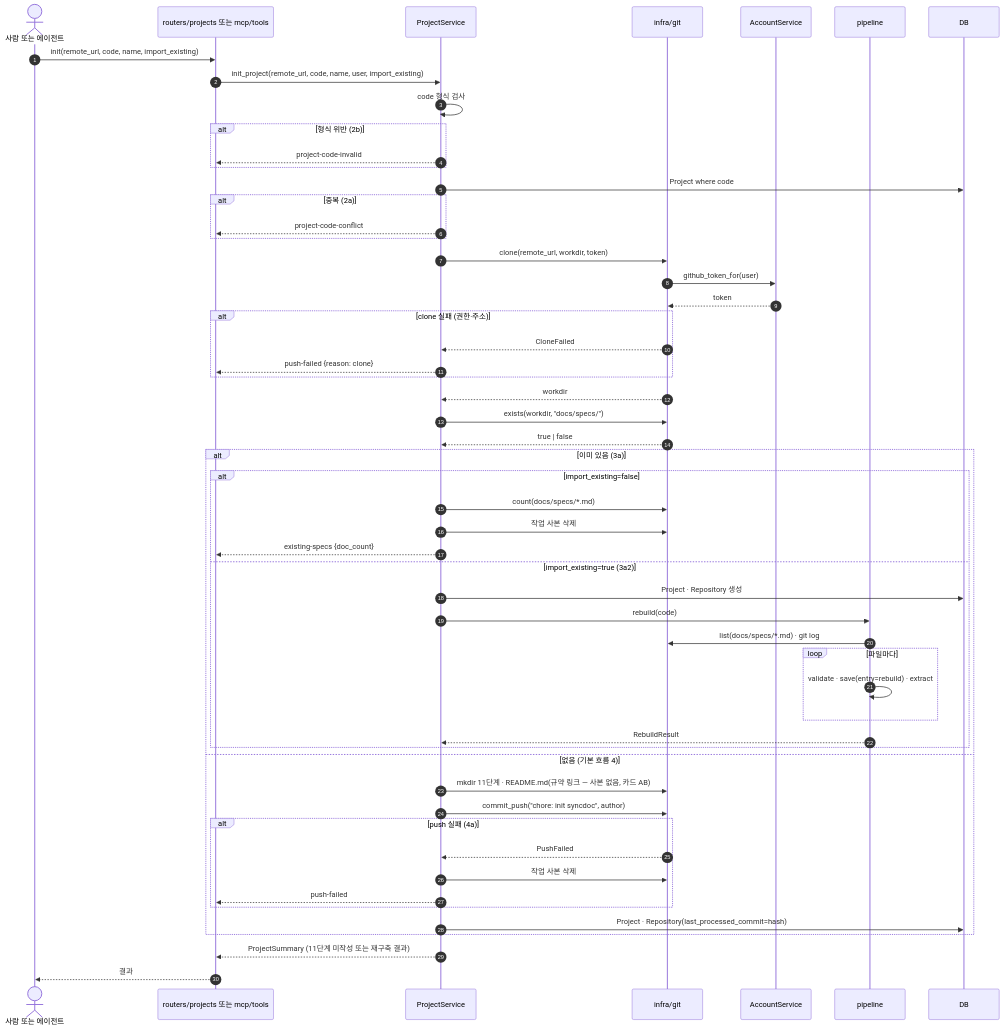
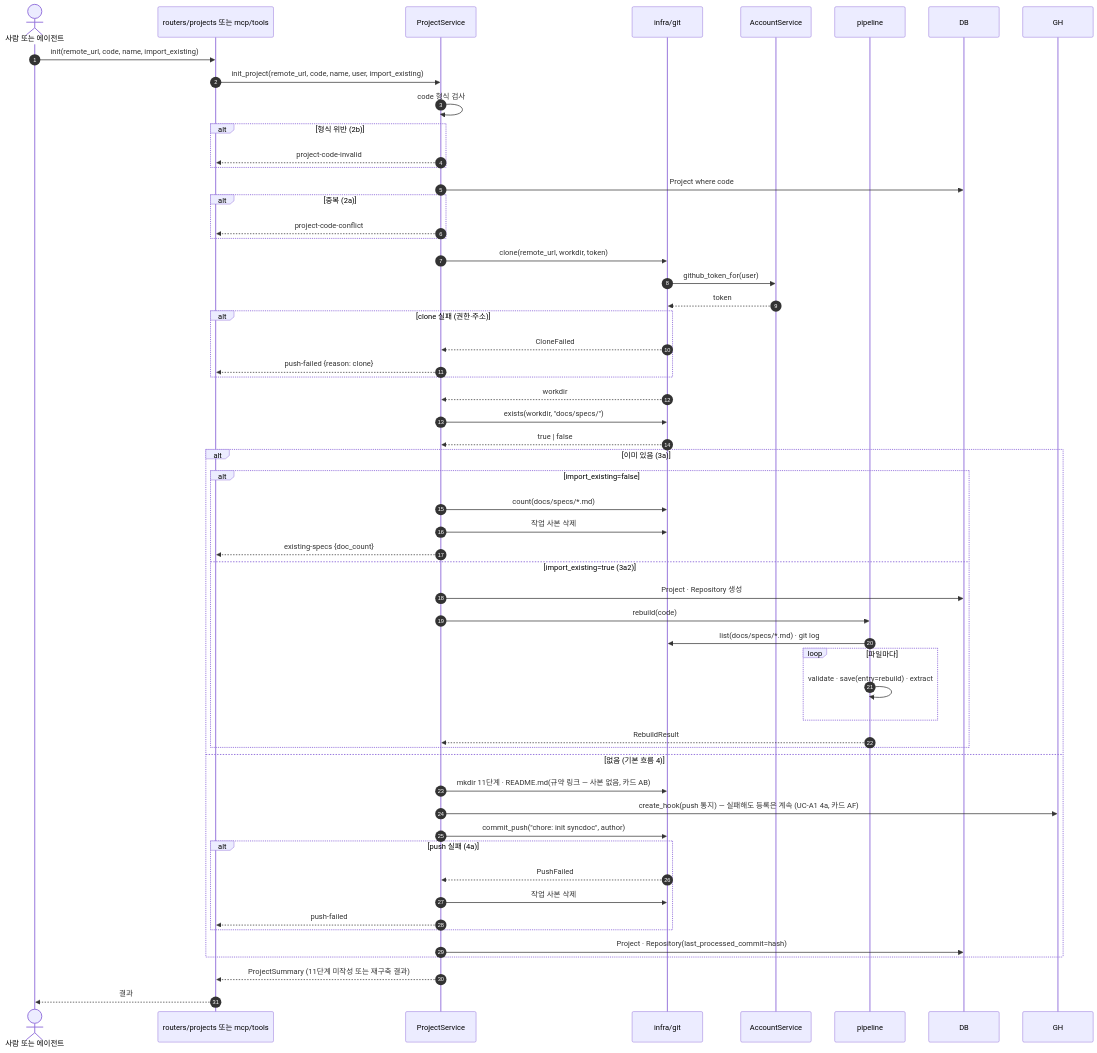
Before and after one commit to HoyoungParkme/syncdoc: the third of 23 diagrams in docs/specs/09-SEQ/SYNC-SEQ-001.md, drawn with Mermaid. The commit also changed other lines of this file and 31 other files, not shown here.

````diff
--- a/docs/specs/09-SEQ/SYNC-SEQ-001.md
+++ b/docs/specs/09-SEQ/SYNC-SEQ-001.md
@@ -255,59 +260,60 @@
 ```mermaid
 sequenceDiagram
     autonumber
     actor U as 사람 또는 에이전트
     participant B as routers/projects 또는 mcp/tools
     participant PS as ProjectService
     participant G as infra/git
     participant AC as AccountService
     participant P as pipeline
     participant DB
 
     U->>B: init(remote_url, code, name, import_existing)
     B->>PS: init_project(remote_url, code, name, user, import_existing)
     PS->>PS: code 형식 검사
     alt 형식 위반 (2b)
         PS-->>B: project-code-invalid
     end
     PS->>DB: Project where code
     alt 중복 (2a)
         PS-->>B: project-code-conflict
     end
     PS->>G: clone(remote_url, workdir, token)
     G->>AC: github_token_for(user)
     AC-->>G: token
     alt clone 실패 (권한·주소)
         G-->>PS: CloneFailed
         PS-->>B: push-failed {reason: clone}
     end
     G-->>PS: workdir
     PS->>G: exists(workdir, "docs/specs/")
     G-->>PS: true | false
 
     alt 이미 있음 (3a)
         alt import_existing=false
             PS->>G: count(docs/specs/*.md)
             PS->>G: 작업 사본 삭제
             PS-->>B: existing-specs {doc_count}
         else import_existing=true (3a2)
             PS->>DB: Project · Repository 생성
             PS->>P: rebuild(code)
             P->>G: list(docs/specs/*.md) · git log
             loop 파일마다
                 P->>P: validate · save(entry=rebuild) · extract
             end
             P-->>PS: RebuildResult
         end
     else 없음 (기본 흐름 4)
         PS->>G: mkdir 11단계 · README.md(규약 링크 — 사본 없음, 카드 AB)
+        PS->>GH: create_hook(push 통지) — 실패해도 등록은 계속 (UC-A1 4a, 카드 AF)
         PS->>G: commit_push("chore: init syncdoc", author)
         alt push 실패 (4a)
             G-->>PS: PushFailed
             PS->>G: 작업 사본 삭제
             PS-->>B: push-failed
         end
         PS->>DB: Project · Repository(last_processed_commit=hash)
     end
     PS-->>B: ProjectSummary (11단계 미작성 또는 재구축 결과)
     B-->>U: 결과
 ```
````
